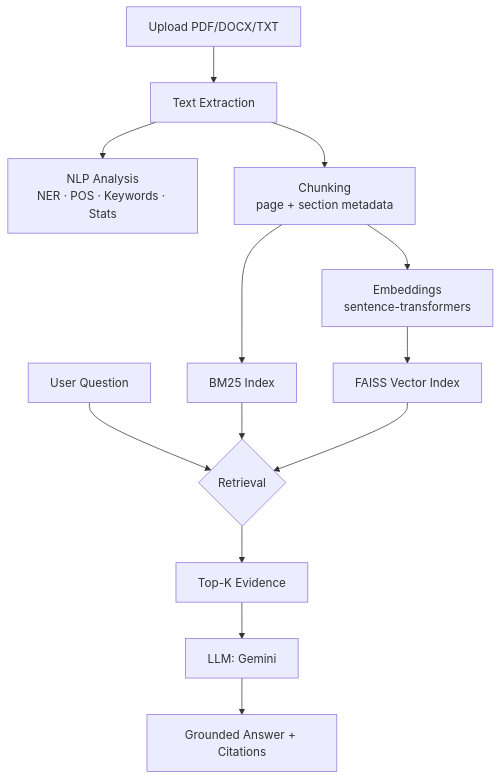
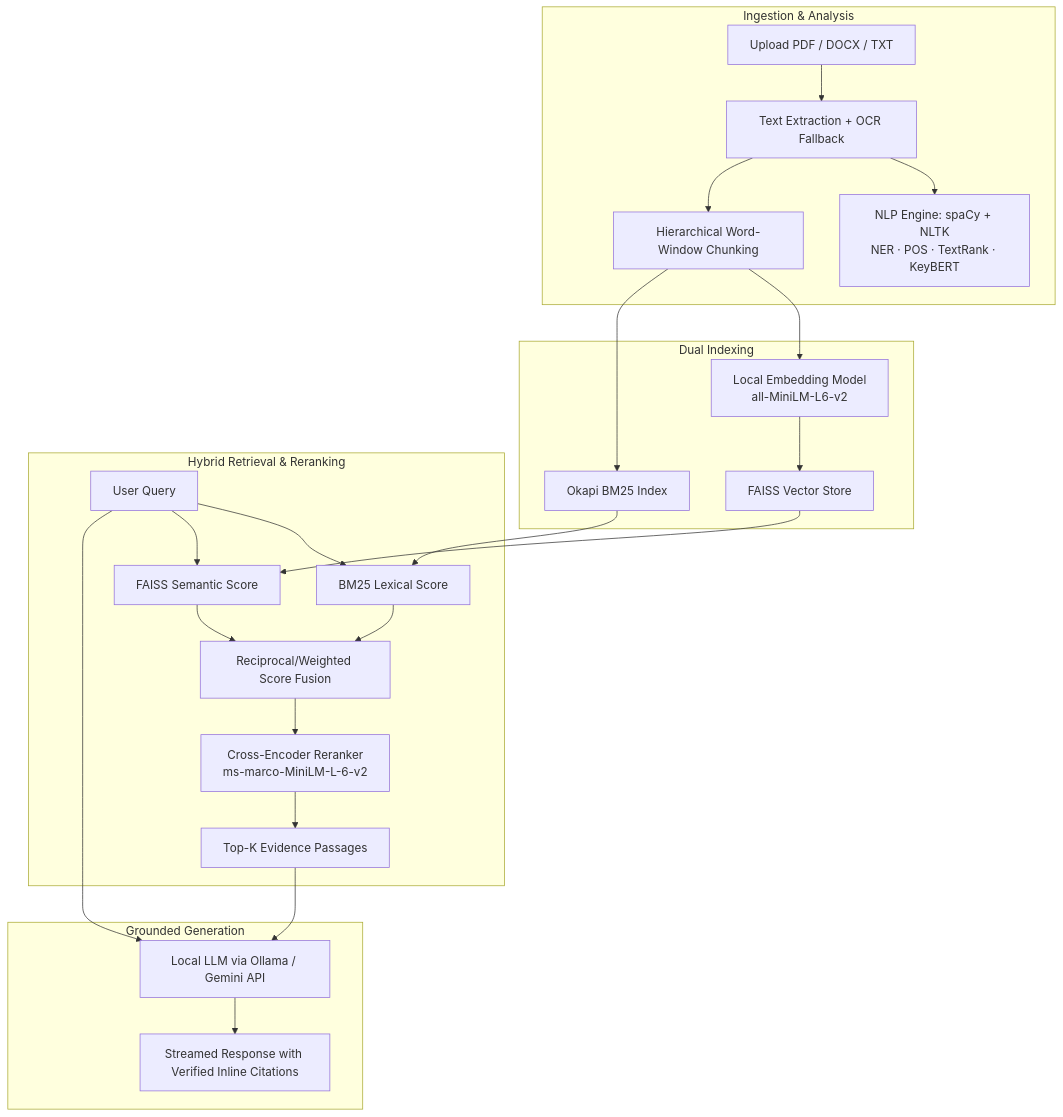
The diagram in README.md (theflighttechofficial/DocuMind-Hybrid-RAG-based-Doc-analyzer), drawn with Mermaid before and after one commit. The commit also changed other lines of this file and 1 other file, not shown here.

Commit message:
docs: update README with comprehensive features, mermaid architecture, and tech stack details

````diff
--- a/README.md
+++ b/README.md
@@ -46,15 +68,30 @@
 ```mermaid
 flowchart TD
-    A[Upload PDF/DOCX/TXT] --> B[Text Extraction]
-    B --> C[NLP Analysis<br/>NER · POS · Keywords · Stats]
-    B --> D[Chunking<br/>page + section metadata]
-    D --> E[Embeddings<br/>sentence-transformers]
-    D --> F[BM25 Index]
-    E --> G[FAISS Vector Index]
-    H[User Question] --> I{Retrieval}
-    F --> I
-    G --> I
-    I --> J[Top-K Evidence]
-    J --> K[LLM: Gemini]
-    K --> L[Grounded Answer + Citations]
+    subgraph Ingestion ["Ingestion & Analysis"]
+        A[Upload PDF / DOCX / TXT] --> B[Text Extraction + OCR Fallback]
+        B --> C[NLP Engine: spaCy + NLTK<br/>NER · POS · TextRank · KeyBERT]
+        B --> D[Hierarchical Word-Window Chunking]
+    end
+
+    subgraph Indexing ["Dual Indexing"]
+        D --> E[Local Embedding Model<br/>all-MiniLM-L6-v2]
+        D --> F[Okapi BM25 Index]
+        E --> G[FAISS Vector Store]
+    end
+
+    subgraph Retrieval ["Hybrid Retrieval & Reranking"]
+        H[User Query] --> I[BM25 Lexical Score]
+        H --> J[FAISS Semantic Score]
+        F --> I
+        G --> J
+        I & J --> K[Reciprocal/Weighted Score Fusion]
+        K --> L[Cross-Encoder Reranker<br/>ms-marco-MiniLM-L-6-v2]
+        L --> M[Top-K Evidence Passages]
+    end
+
+    subgraph Generation ["Grounded Generation"]
+        M --> N[Local LLM via Ollama / Gemini API]
+        H --> N
+        N --> O[Streamed Response with Verified Inline Citations]
+    end
 ```
````
